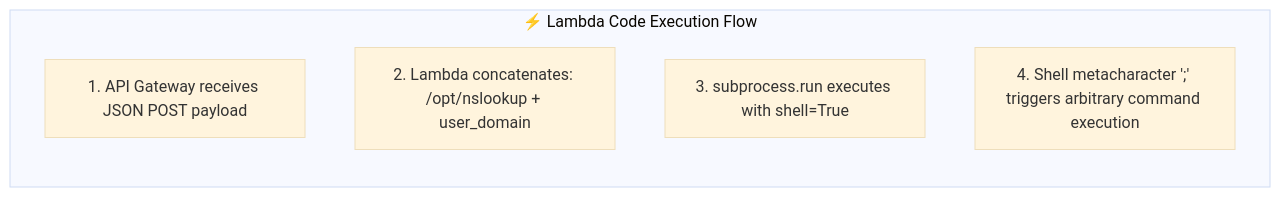
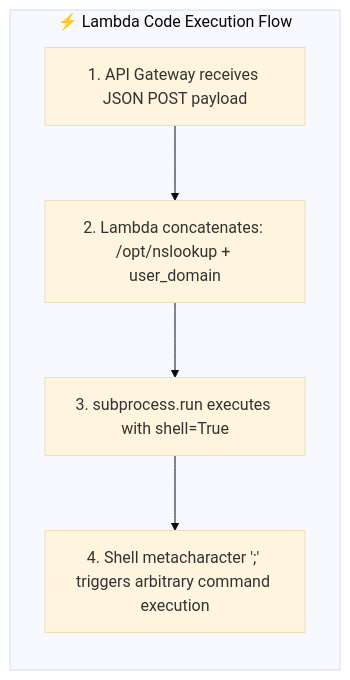
Before and after one commit to FREECANDY-DEV/MAFAT-2026: the second of 2 diagrams in cloud-escape/Stage_1_Comprehensive_Writeup.md, drawn with Mermaid (base theme).

Commit message:
Fix Lambda Code Execution Flow mermaid diagram

````diff
--- a/cloud-escape/Stage_1_Comprehensive_Writeup.md
+++ b/cloud-escape/Stage_1_Comprehensive_Writeup.md
@@ -409,10 +409,11 @@
 ```mermaid
 flowchart LR
     subgraph Lambda_Execution ["⚡ Lambda Code Execution Flow"]
         direction TB
         I1["1. API Gateway receives JSON POST payload"]
         I2["2. Lambda concatenates: /opt/nslookup + user_domain"]
         I3["3. subprocess.run executes with shell=True"]
         I4["4. Shell metacharacter ';' triggers arbitrary command execution"]
+        I1 --> I2 --> I3 --> I4
     end
 ```
````
